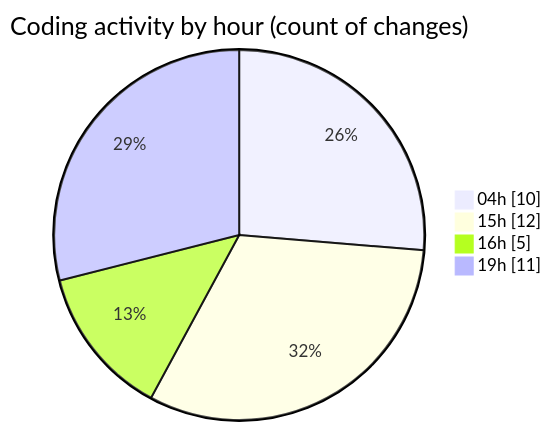
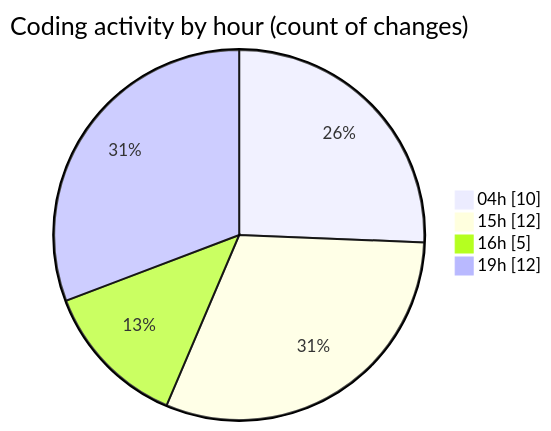
Before and after one commit to charlie-sans/code-tracking: the second of 2 diagrams in 2025-03-17/sharpmasm/README.md, drawn with Mermaid. The commit also changed other lines of this file and 1 other file, not shown here.

````diff
--- a/2025-03-17/sharpmasm/README.md
+++ b/2025-03-17/sharpmasm/README.md
@@ -35,8 +35,8 @@
 ```mermaid
 pie showData
 title Coding activity by hour (count of changes)
 "04h" : 10
 "15h" : 12
 "16h" : 5
-"19h" : 11
+"19h" : 12
 ```
````
